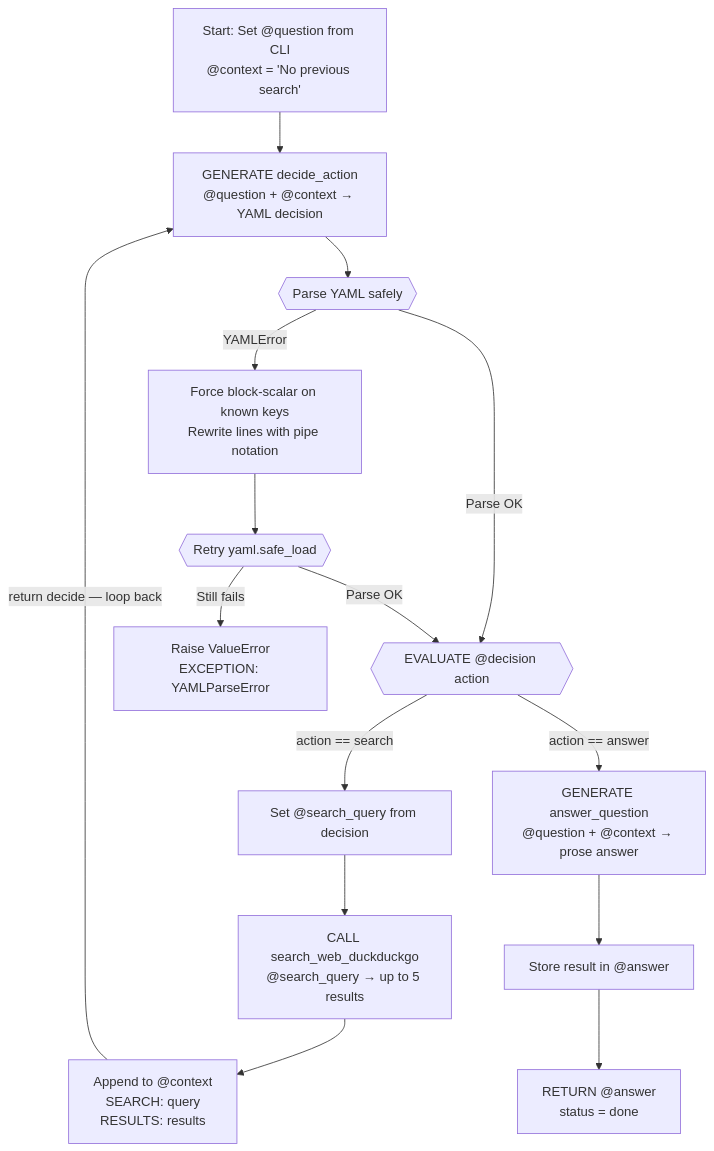
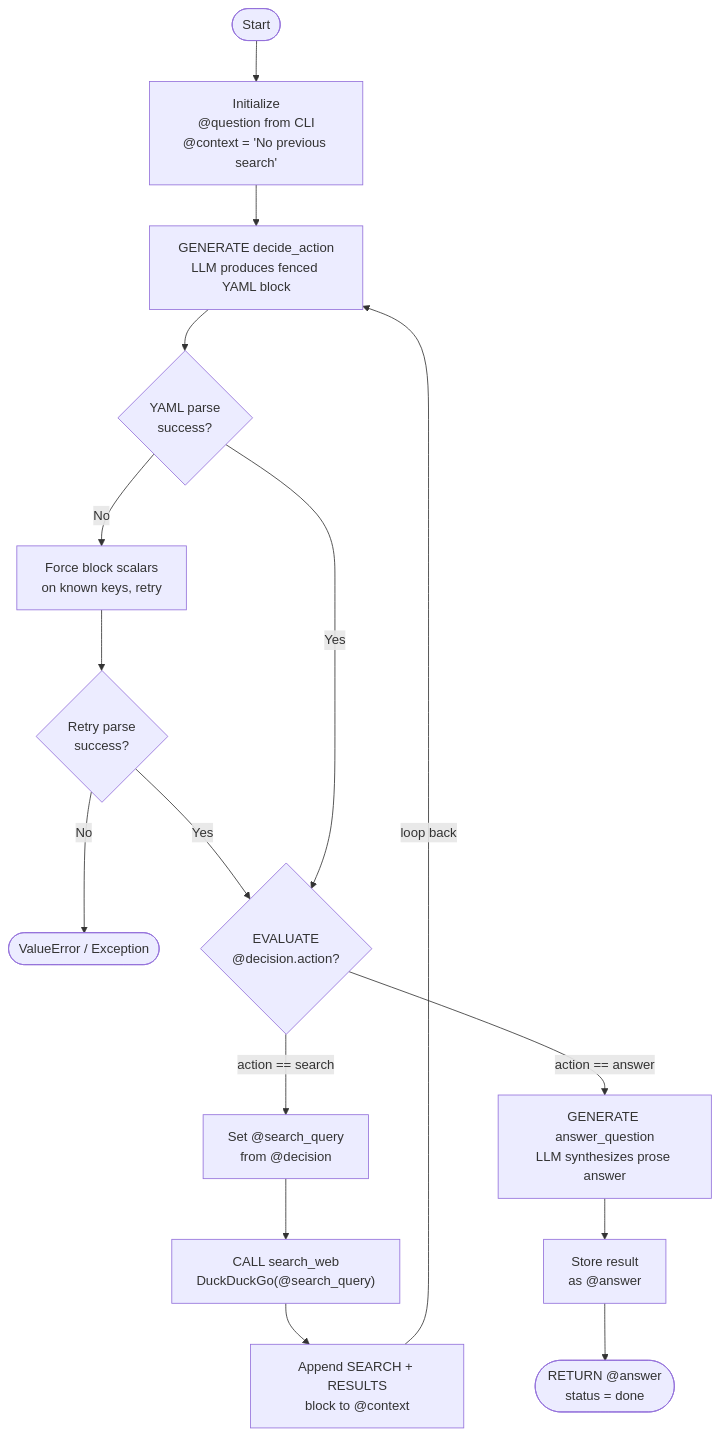
Before and after one commit to digital-duck/SPL.py: the diagram in NeurIPS-26-lab/R1-agent/tests/claude_cli/claude/S2-agent-claude_cli-claude.md, drawn with Mermaid. The commit also changed 27 other files, not shown here.

````diff
--- a/NeurIPS-26-lab/R1-agent/tests/claude_cli/claude/S2-agent-claude_cli-claude.md
+++ b/NeurIPS-26-lab/R1-agent/tests/claude_cli/claude/S2-agent-claude_cli-claude.md
@@ -7,17 +7,18 @@
 ```mermaid
-flowchart TD
-    A[Start: Set @question from CLI\n@context = 'No previous search'] --> B[GENERATE decide_action\n@question + @context → YAML decision]
-    B --> C{{Parse YAML safely}}
-    C -->|Parse OK| D{{EVALUATE @decision action}}
-    C -->|YAMLError| E[Force block-scalar on known keys\nRewrite lines with pipe notation]
-    E --> F{{Retry yaml.safe_load}}
-    F -->|Parse OK| D
-    F -->|Still fails| G[Raise ValueError\nEXCEPTION: YAMLParseError]
-    D -->|action == search| H[Set @search_query from decision]
-    H --> I[CALL search_web_duckduckgo\n@search_query → up to 5 results]
-    I --> J[Append to @context\nSEARCH: query\nRESULTS: results]
-    J -->|return decide — loop back| B
-    D -->|action == answer| K[GENERATE answer_question\n@question + @context → prose answer]
-    K --> L[Store result in @answer]
-    L --> M[RETURN @answer\nstatus = done]
+    flowchart TD
+    A([Start]) --> B["Initialize<br/>@question from CLI<br/>@context = 'No previous search'"]
+    B --> C["GENERATE decide_action<br/>LLM produces fenced YAML block"]
+    C --> D{"YAML parse<br/>success?"}
+    D -->|No| E["Force block scalars<br/>on known keys, retry"]
+    E --> F{"Retry parse<br/>success?"}
+    F -->|No| Z([ValueError / Exception])
+    F -->|Yes| G{"EVALUATE<br/>@decision.action?"}
+    D -->|Yes| G
+    G -->|action == search| H["Set @search_query<br/>from @decision"]
+    H --> I["CALL search_web<br/>DuckDuckGo(@search_query)"]
+    I --> J["Append SEARCH + RESULTS<br/>block to @context"]
+    J -->|loop back| C
+    G -->|action == answer| K["GENERATE answer_question<br/>LLM synthesizes prose answer"]
+    K --> L["Store result<br/>as @answer"]
+    L --> M(["RETURN @answer<br/>status = done"])
 ```
````
